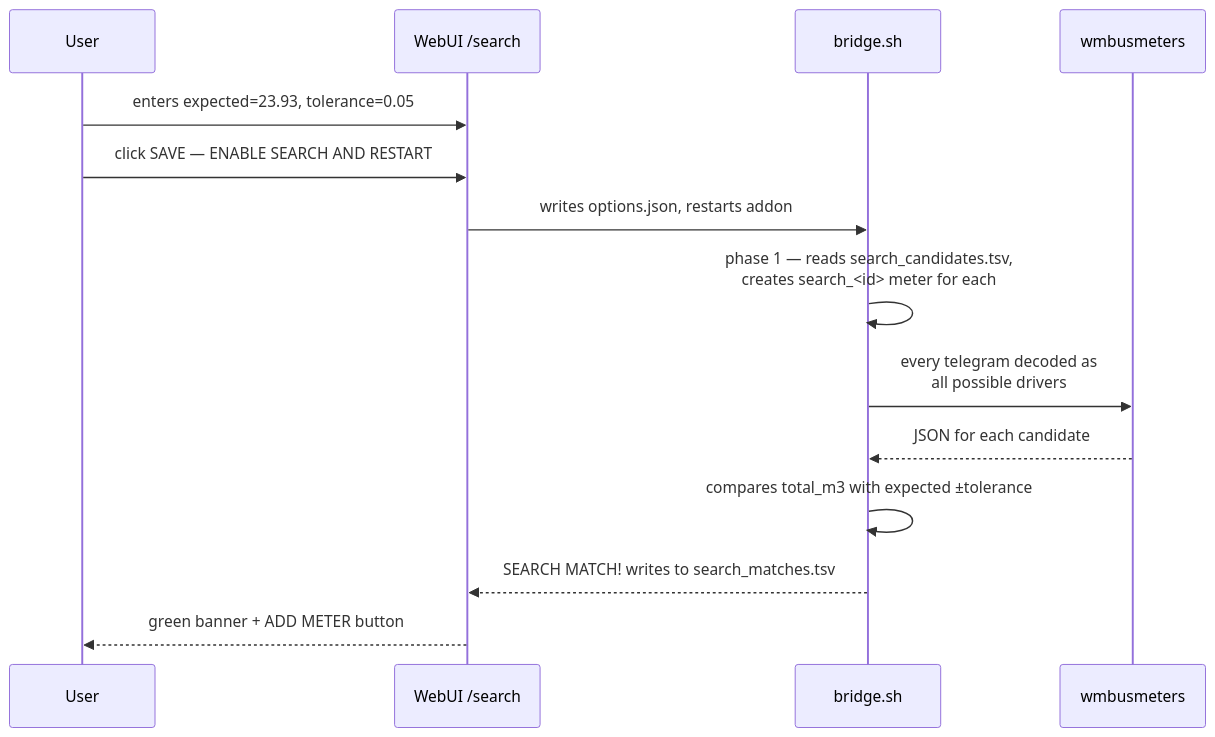
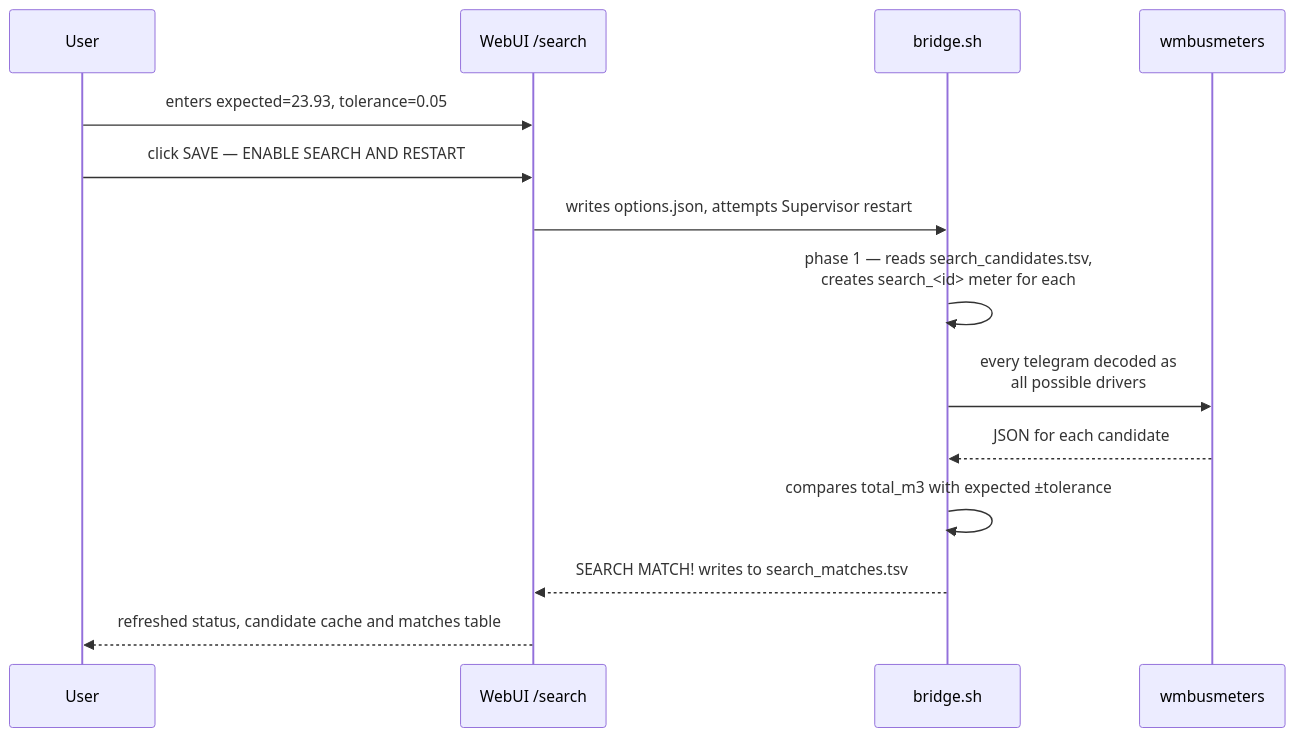
One commit to Kustonium/homeassistant-wmbus-mqtt-bridge-dev changed the fifth of 7 diagrams in docs/README.en.md. Above: the diagram before and after it, drawn with Mermaid. The commit also changed other lines of this file and 222 other files, not shown here.

````diff
--- a/docs/README.en.md
+++ b/docs/README.en.md
@@ -408,17 +408,17 @@
 ```mermaid
 sequenceDiagram
   participant U as User
   participant W as WebUI /search
   participant B as bridge.sh
   participant WM as wmbusmeters
 
   U->>W: enters expected=23.93, tolerance=0.05
   U->>W: click SAVE — ENABLE SEARCH AND RESTART
-  W->>B: writes options.json, restarts addon
+  W->>B: writes options.json, attempts Supervisor restart
   B->>B: phase 1 — reads search_candidates.tsv,<br/>creates search_<id> meter for each
   B->>WM: every telegram decoded as<br/>all possible drivers
   WM-->>B: JSON for each candidate
   B->>B: compares total_m3 with expected ±tolerance
   B-->>W: SEARCH MATCH! writes to search_matches.tsv
-  W-->>U: green banner + ADD METER button
+  W-->>U: refreshed status, candidate cache and matches table
 ```
````
